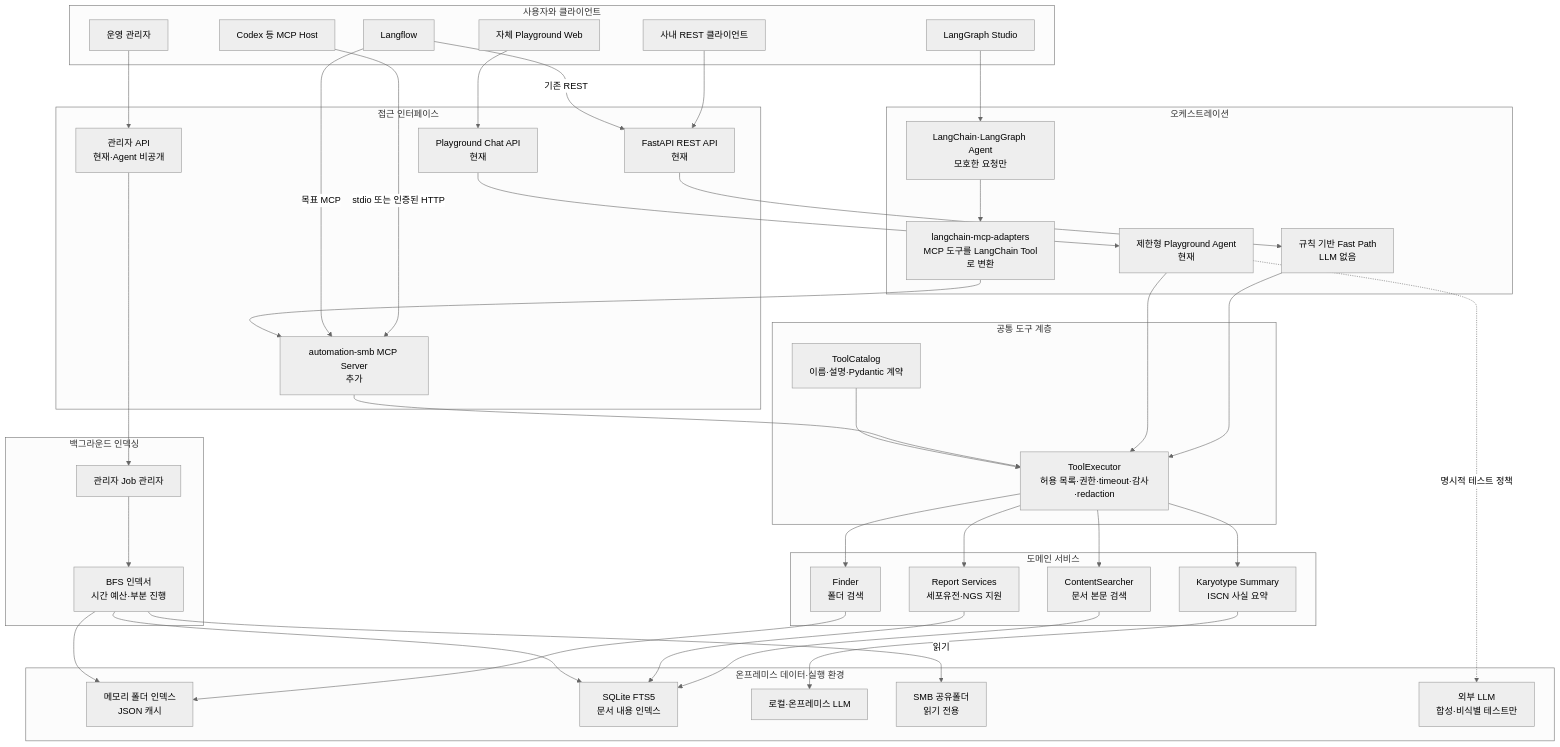
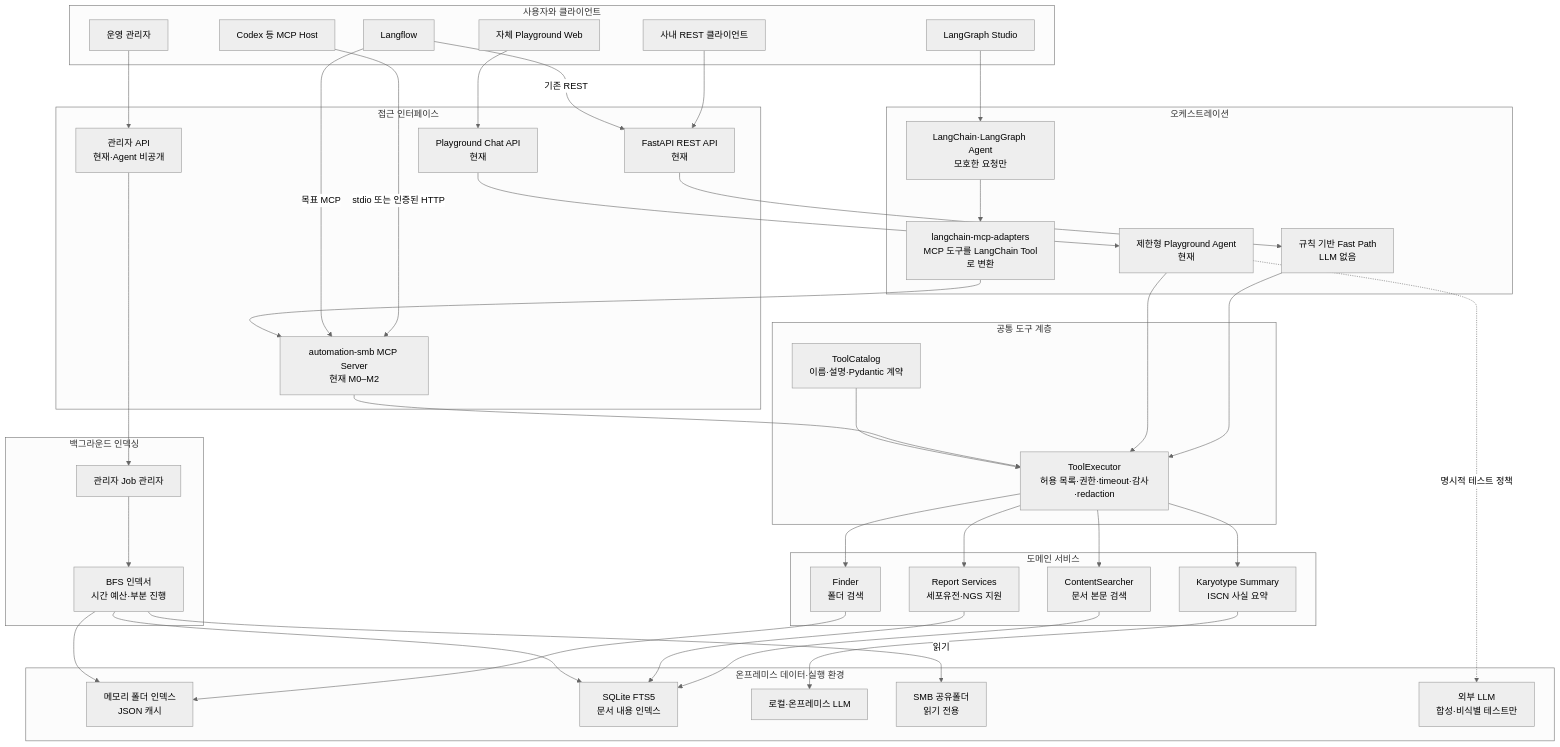
Before and after one commit to studyhard01/automation_smb: the first of 5 diagrams in docs/TOOL_MCP_LANGCHAIN_ARCHITECTURE.md, drawn with Mermaid (neutral theme). The commit also changed other lines of this file and 17 other files, not shown here.

```diff
--- a/docs/TOOL_MCP_LANGCHAIN_ARCHITECTURE.md
+++ b/docs/TOOL_MCP_LANGCHAIN_ARCHITECTURE.md
@@ -60,7 +60,7 @@
     subgraph interfaces["접근 인터페이스"]
         fastapi["FastAPI REST API<br/>현재"]
         playgroundApi["Playground Chat API<br/>현재"]
-        mcpServer["automation-smb MCP Server<br/>추가"]
+        mcpServer["automation-smb MCP Server<br/>현재 M0–M2"]
         adminApi["관리자 API<br/>현재·Agent 비공개"]
     end
 
```
